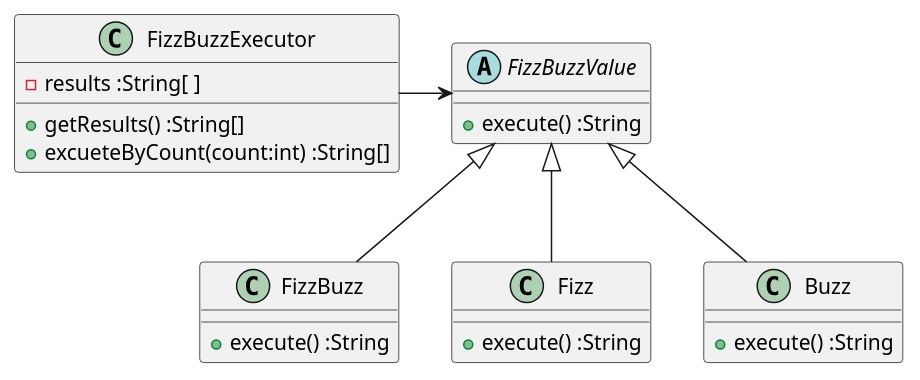
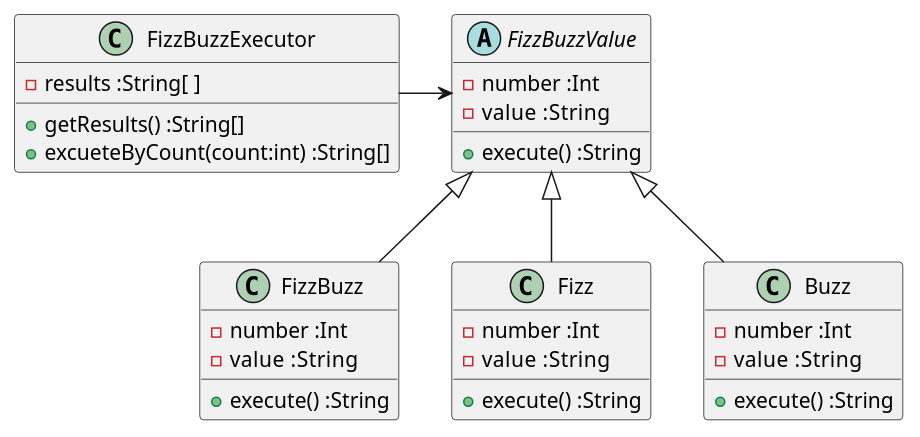
Before and after one commit to k2works/etude_for_java: the first of 2 diagrams in docs/src/fizzbuzz.md, drawn with PlantUML. The commit also changed other lines of this file and 7 other files, not shown here.

````diff
--- a/docs/src/fizzbuzz.md
+++ b/docs/src/fizzbuzz.md
@@ -31,26 +32,34 @@
 ```puml
 @startuml
 class FizzBuzzExecutor {
   -results :String[ ]
   +getResults() :String[]  
   +excueteByCount(count:int) :String[]
 }
 abstract class FizzBuzzValue {
+  -number :Int
+  -value  :String
   +execute() :String
 }
 class FizzBuzz {
+  -number :Int
+  -value  :String  
   +execute() :String
 }
 class Fizz {
+  -number :Int
+  -value  :String  
   +execute() :String
 }
 class Buzz {
+  -number :Int
+  -value  :String  
   +execute() :String  
 }
 FizzBuzzExecutor -> FizzBuzzValue
 FizzBuzzValue <|-- Fizz
 FizzBuzzValue <|-- Buzz
 FizzBuzzValue <|-- FizzBuzz
 
 @enduml
 ```
````
